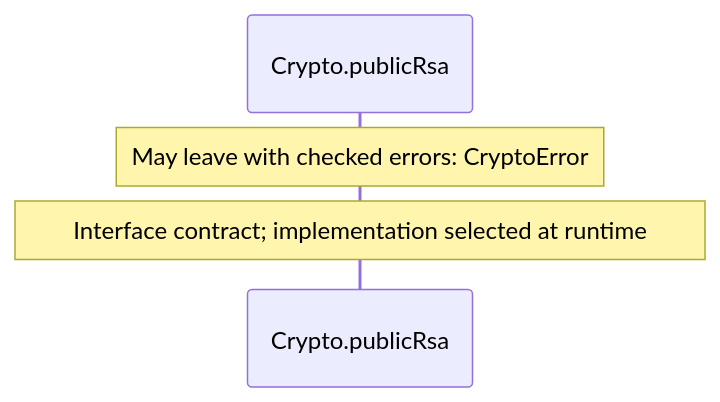
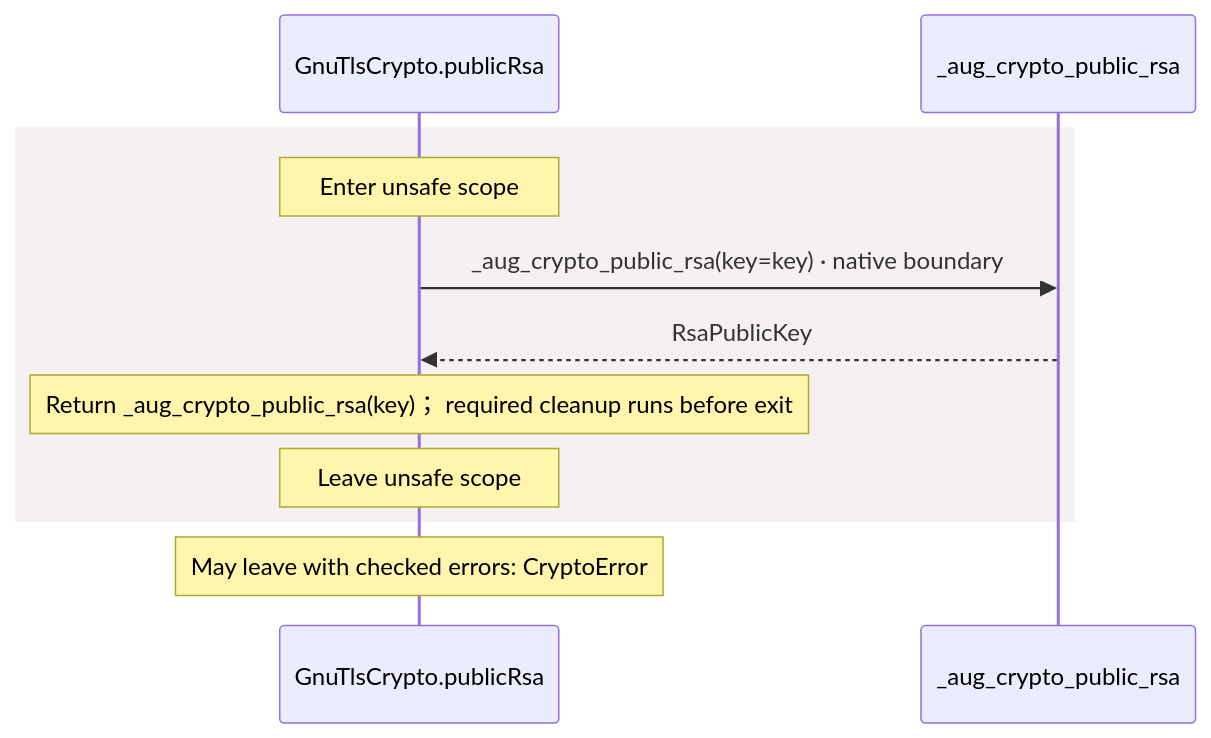
Before and after one commit to GreenPandaStudios/augscript: the seventh of 14 diagrams in docs/examples/oidc-login/dependencies/packages/@git/url_9ef654c66d34ab8f5527/0.0.0-git.b14a0f9aa41f1ce58bd51133bcdc424033e40d40/contracts-diagrams.md, drawn with Mermaid. The commit also changed other lines of this file and 524 other files, not shown here.

Commit message:
Explain checked data flow at folder and service levels

````diff
--- a/docs/examples/oidc-login/dependencies/packages/@git/url_9ef654c66d34ab8f5527/0.0.0-git.b14a0f9aa41f1ce58bd51133bcdc424033e40d40/contracts-diagrams.md
+++ b/docs/examples/oidc-login/dependencies/packages/@git/url_9ef654c66d34ab8f5527/0.0.0-git.b14a0f9aa41f1ce58bd51133bcdc424033e40d40/contracts-diagrams.md
@@ -158,7 +351,13 @@
 ```mermaid
 sequenceDiagram
-    participant p0 as Crypto.publicRsa
-
+    participant p0 as GnuTlsCrypto.publicRsa
+    participant p1 as _aug_crypto_public_rsa
+    rect rgb(245, 240, 241)
+    Note over p0: Enter unsafe scope
+    p0->>p1: _aug_crypto_public_rsa(key=key) · native boundary
+    p1-->>p0: RsaPublicKey
+    Note over p0: Return _aug_crypto_public_rsa(key)； required cleanup runs before exit
+    Note over p0: Leave unsafe scope
+    end
     Note over p0: May leave with checked errors: CryptoError
-    Note over p0: Interface contract#59; implementation selected at runtime
 ```
````
